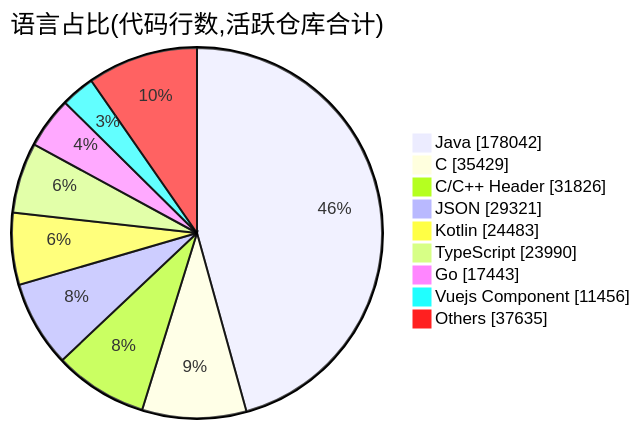
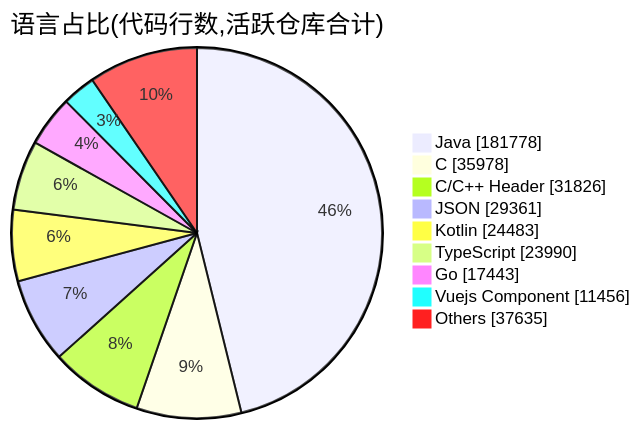
Before and after one commit to Conflux-Union/.github: the second of 2 diagrams in profile/README.md, drawn with Mermaid. The commit also changed other lines of this file and 1 other file, not shown here.

````diff
--- a/profile/README.md
+++ b/profile/README.md
@@ -81,13 +81,13 @@
 ```mermaid
 pie showData
     title 语言占比(代码行数,活跃仓库合计)
-    "Java" : 178042
-    "C" : 35429
+    "Java" : 181778
+    "C" : 35978
     "C/C++ Header" : 31826
-    "JSON" : 29321
+    "JSON" : 29361
     "Kotlin" : 24483
     "TypeScript" : 23990
     "Go" : 17443
     "Vuejs Component" : 11456
     "Others" : 37635
 ```
````
